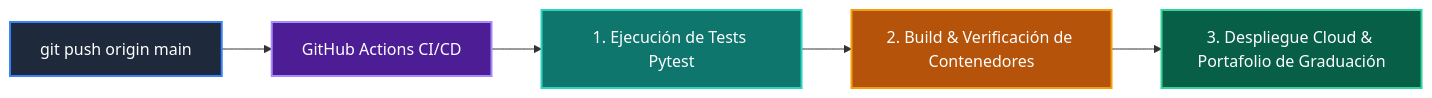
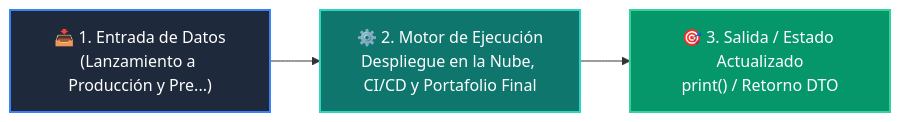
Before and after one commit to wisrovi/wisrovi-python: the diagram in 04-proyecto-final/clase-08-despliegue-cicd-portafolio/README.md, drawn with Mermaid. The commit also changed other lines of this file and 54 other files, not shown here.

Commit message:
refactor: clean repository root by moving maintenance scripts to scripts/ and restore rich high-contrast Mermaid diagrams for all classes and examples

````diff
--- a/04-proyecto-final/clase-08-despliegue-cicd-portafolio/README.md
+++ b/04-proyecto-final/clase-08-despliegue-cicd-portafolio/README.md
@@ -12,13 +12,9 @@
 ```mermaid
 flowchart LR
-    GIT["git push origin main"] --> GHA["GitHub Actions CI/CD"]
-    GHA --> TST["1. Ejecución de Tests Pytest"]
-    TST --> BLD["2. Build & Verificación de Contenedores"]
-    BLD --> DEPLOY["3. Despliegue Cloud & Portafolio de Graduación"]
+    A["📥 1. Entrada de Datos<br/>(Lanzamiento a Producción y Pre...)"] --> B["⚙️ 2. Motor de Ejecución<br/>Despliegue en la Nube, CI/CD y Portafolio Final"]
+    B --> C["🎯 3. Salida / Estado Actualizado<br/>print() / Retorno DTO"]
 
-    style GIT fill:#1e293b,color:#fff,stroke:#3b82f6,stroke-width:2px
-    style GHA fill:#4c1d95,color:#fff,stroke:#a78bfa,stroke-width:2px
-    style TST fill:#0f766e,color:#fff,stroke:#2dd4bf,stroke-width:2px
-    style BLD fill:#b45309,color:#fff,stroke:#f59e0b,stroke-width:2px
-    style DEPLOY fill:#065f46,color:#fff,stroke:#34d399,stroke-width:2px
+    style A fill:#1e293b,color:#ffffff,stroke:#3b82f6,stroke-width:2px
+    style B fill:#0f766e,color:#ffffff,stroke:#2dd4bf,stroke-width:2px
+    style C fill:#059669,color:#ffffff,stroke:#34d399,stroke-width:2px
 ```
````
